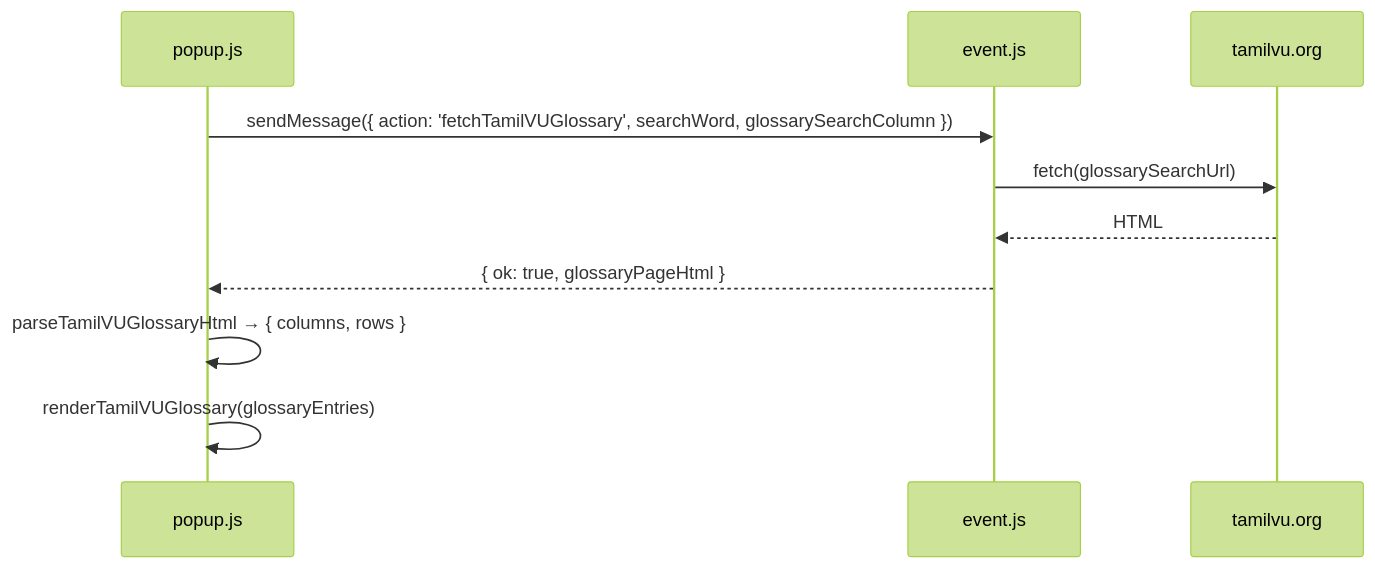
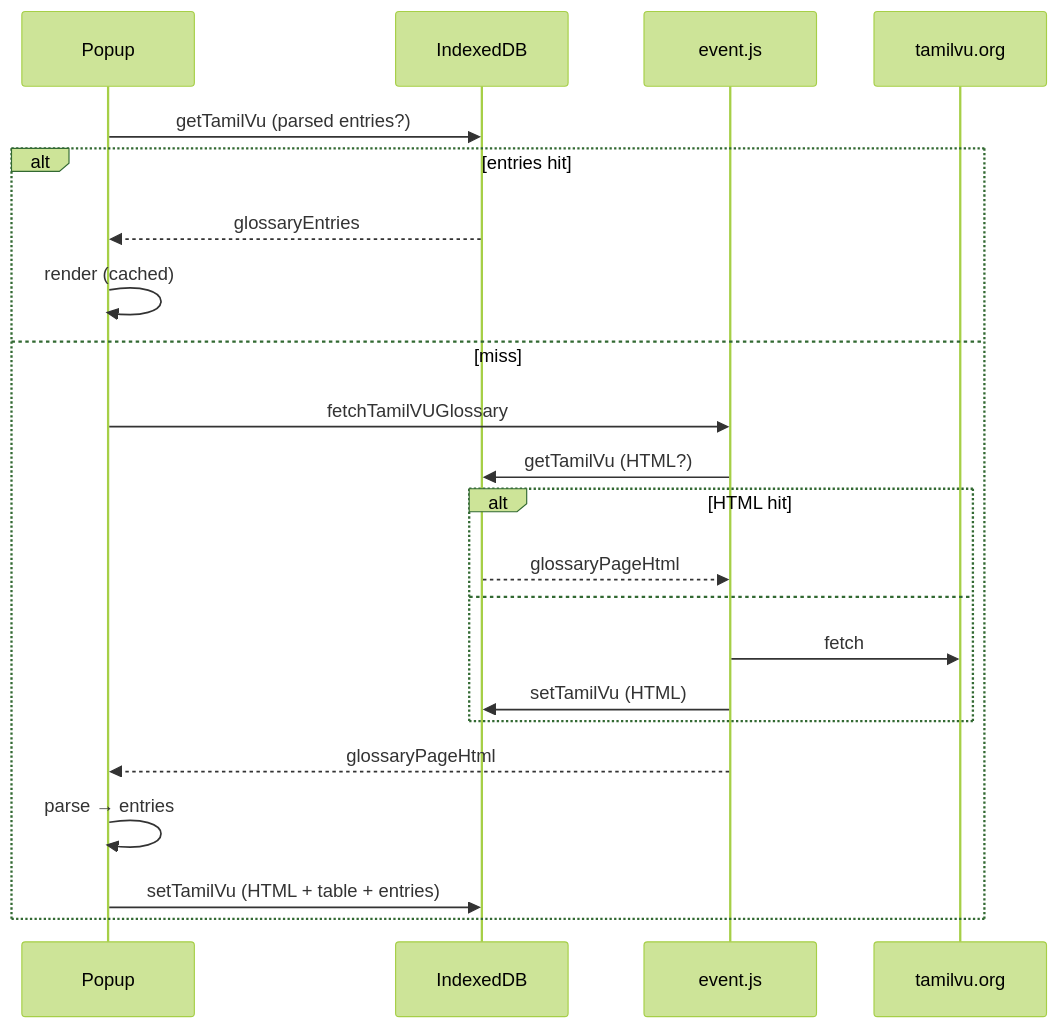
One commit to p10ns11y/Sorkalam changed the diagram in TECH_DETAILS_V6.md. Above: the diagram before and after it, drawn with Mermaid (forest theme). The commit also changed other lines of this file and 6 other files, not shown here.

First line of the commit message:
Add IndexedDB cache for Tamil VU glossary lookups.

````diff
--- a/TECH_DETAILS_V6.md
+++ b/TECH_DETAILS_V6.md
@@ -93,13 +94,25 @@
 ```mermaid
 sequenceDiagram
-  participant Popup as popup.js
+  participant Popup
+  participant IDB as IndexedDB
   participant SW as event.js
   participant TVU as tamilvu.org
 
-  Popup->>SW: sendMessage({ action: 'fetchTamilVUGlossary', searchWord, glossarySearchColumn })
-  SW->>TVU: fetch(glossarySearchUrl)
-  TVU-->>SW: HTML
-  SW-->>Popup: { ok: true, glossaryPageHtml }
-  Popup->>Popup: parseTamilVUGlossaryHtml → { columns, rows }
-  Popup->>Popup: renderTamilVUGlossary(glossaryEntries)
+  Popup->>IDB: getTamilVu (parsed entries?)
+  alt entries hit
+    IDB-->>Popup: glossaryEntries
+    Popup->>Popup: render (cached)
+  else miss
+    Popup->>SW: fetchTamilVUGlossary
+    SW->>IDB: getTamilVu (HTML?)
+    alt HTML hit
+      IDB-->>SW: glossaryPageHtml
+    else
+      SW->>TVU: fetch
+      SW->>IDB: setTamilVu (HTML)
+    end
+    SW-->>Popup: glossaryPageHtml
+    Popup->>Popup: parse → entries
+    Popup->>IDB: setTamilVu (HTML + table + entries)
+  end
 ```
````
